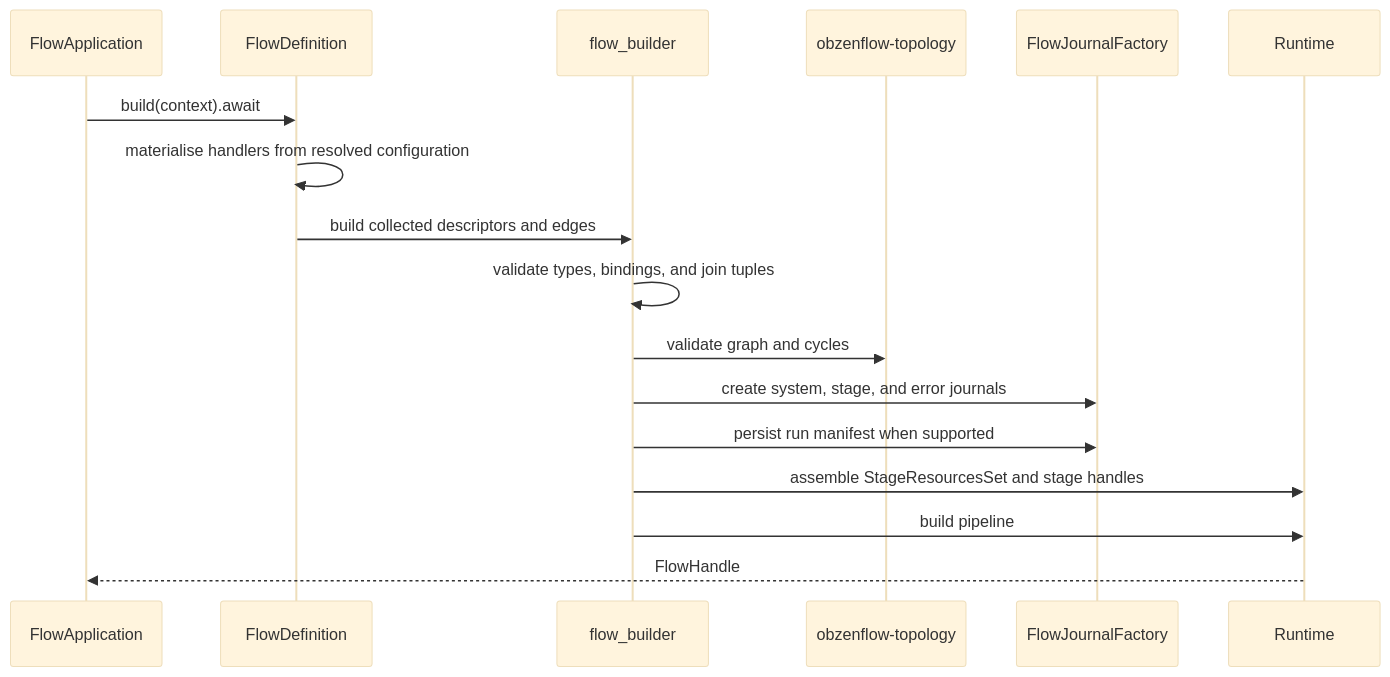
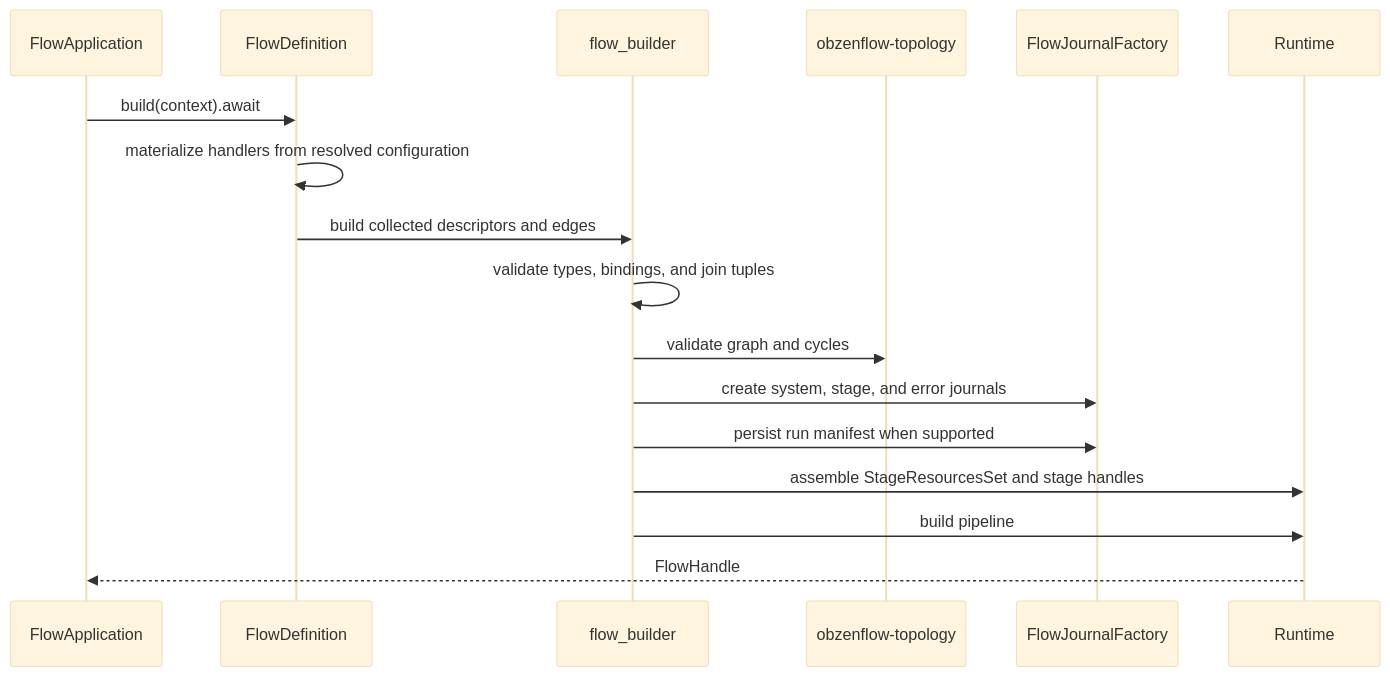
Before and after one commit to ObzenFlow/obzenflow: the diagram in crates/obzenflow_dsl/README.md, drawn with Mermaid (base theme). The commit also changed other lines of this file and 87 other files, not shown here.

First line of the commit message:
FLOWIP-085l: Enhanced demos for use-case examples (#156)

````diff
--- a/crates/obzenflow_dsl/README.md
+++ b/crates/obzenflow_dsl/README.md
@@ -31,20 +30,20 @@
 ```mermaid
 sequenceDiagram
   participant Host as FlowApplication
   participant Def as FlowDefinition
   participant Build as flow_builder
   participant Topology as obzenflow-topology
   participant Journals as FlowJournalFactory
   participant Runtime
 
   Host->>Def: build(context).await
-  Def->>Def: materialise handlers from resolved configuration
+  Def->>Def: materialize handlers from resolved configuration
   Def->>Build: build collected descriptors and edges
   Build->>Build: validate types, bindings, and join tuples
   Build->>Topology: validate graph and cycles
   Build->>Journals: create system, stage, and error journals
   Build->>Journals: persist run manifest when supported
   Build->>Runtime: assemble StageResourcesSet and stage handles
   Build->>Runtime: build pipeline
   Runtime-->>Host: FlowHandle
 ```
````
